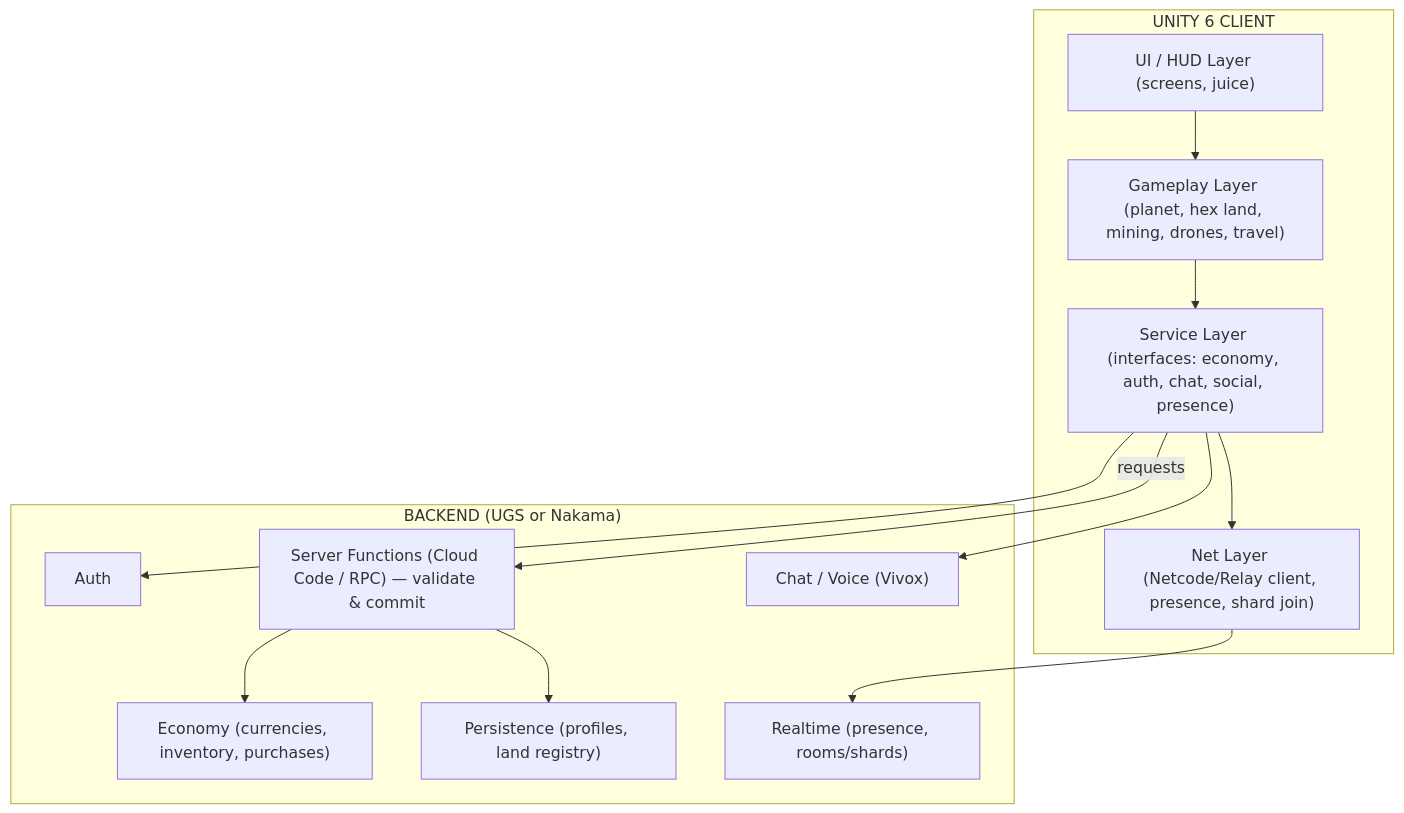
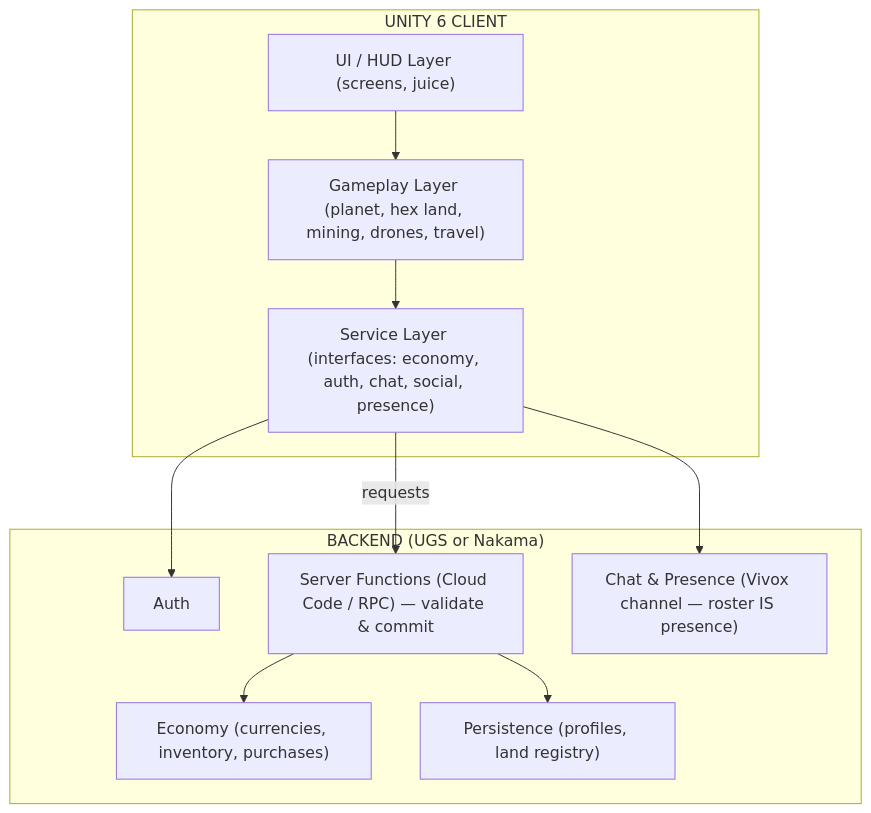
Before and after one commit to Christian-valari/social-universe: the diagram in Social_Universe_Architecture.md, drawn with Mermaid. The commit also changed other lines of this file and 2 other files, not shown here.

First line of the commit message:
Update architecture docs for Vivox-only chat + presence

````diff
--- a/Social_Universe_Architecture.md
+++ b/Social_Universe_Architecture.md
@@ -41,25 +41,21 @@
 ```mermaid
 flowchart TB
     subgraph Client["UNITY 6 CLIENT"]
       UI["UI / HUD Layer (screens, juice)"]
       GP["Gameplay Layer (planet, hex land, mining, drones, travel)"]
       SVC["Service Layer (interfaces: economy, auth, chat, social, presence)"]
-      NET["Net Layer (Netcode/Relay client, presence, shard join)"]
       UI --> GP --> SVC
-      SVC --> NET
     end
     subgraph Backend["BACKEND (UGS or Nakama)"]
       AUTH["Auth"]
       ECON["Economy (currencies, inventory, purchases)"]
       CODE["Server Functions (Cloud Code / RPC) — validate & commit"]
       SAVE["Persistence (profiles, land registry)"]
-      RT["Realtime (presence, rooms/shards)"]
-      CHAT["Chat / Voice (Vivox)"]
+      CHAT["Chat & Presence (Vivox channel — roster IS presence)"]
     end
     SVC -->|requests| CODE
     CODE --> ECON
     CODE --> SAVE
-    NET --> RT
     SVC --> AUTH
     SVC --> CHAT
 ```
````
